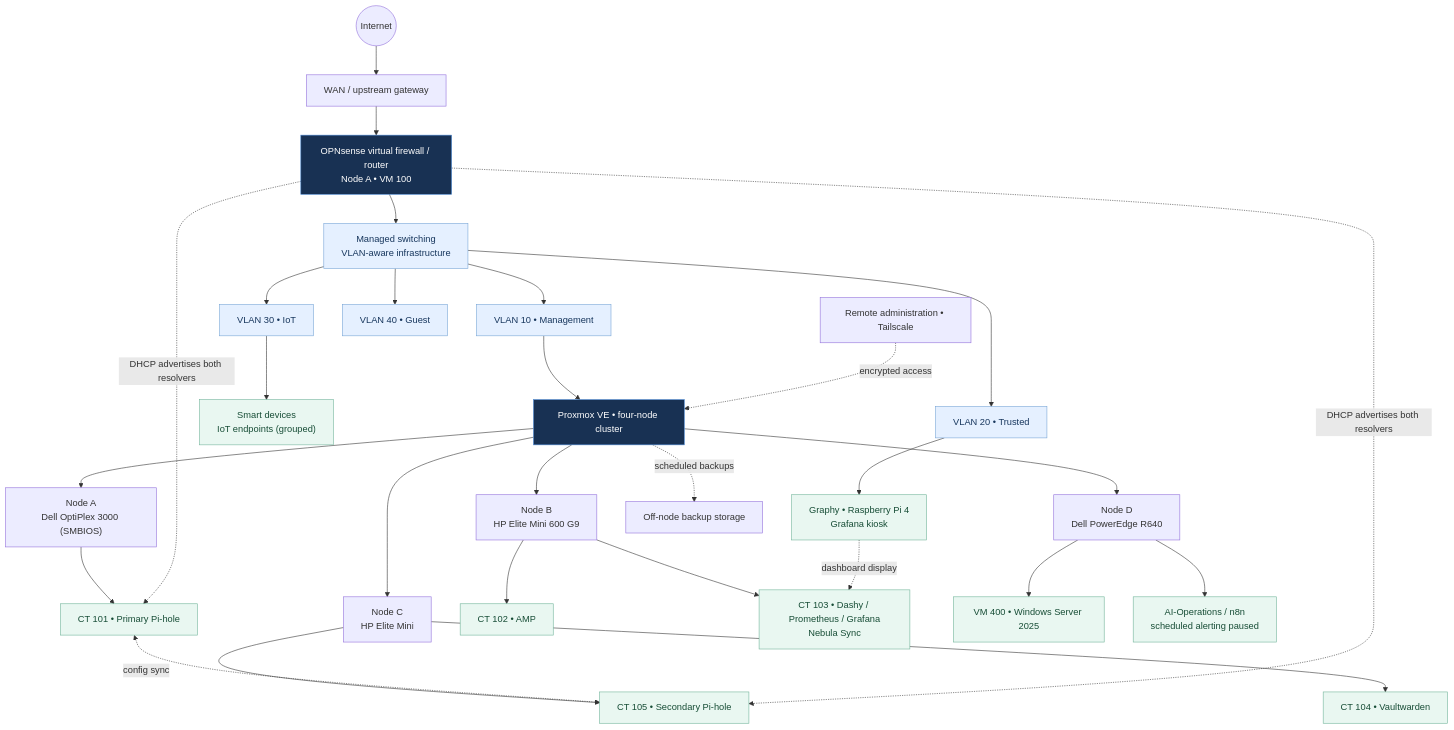
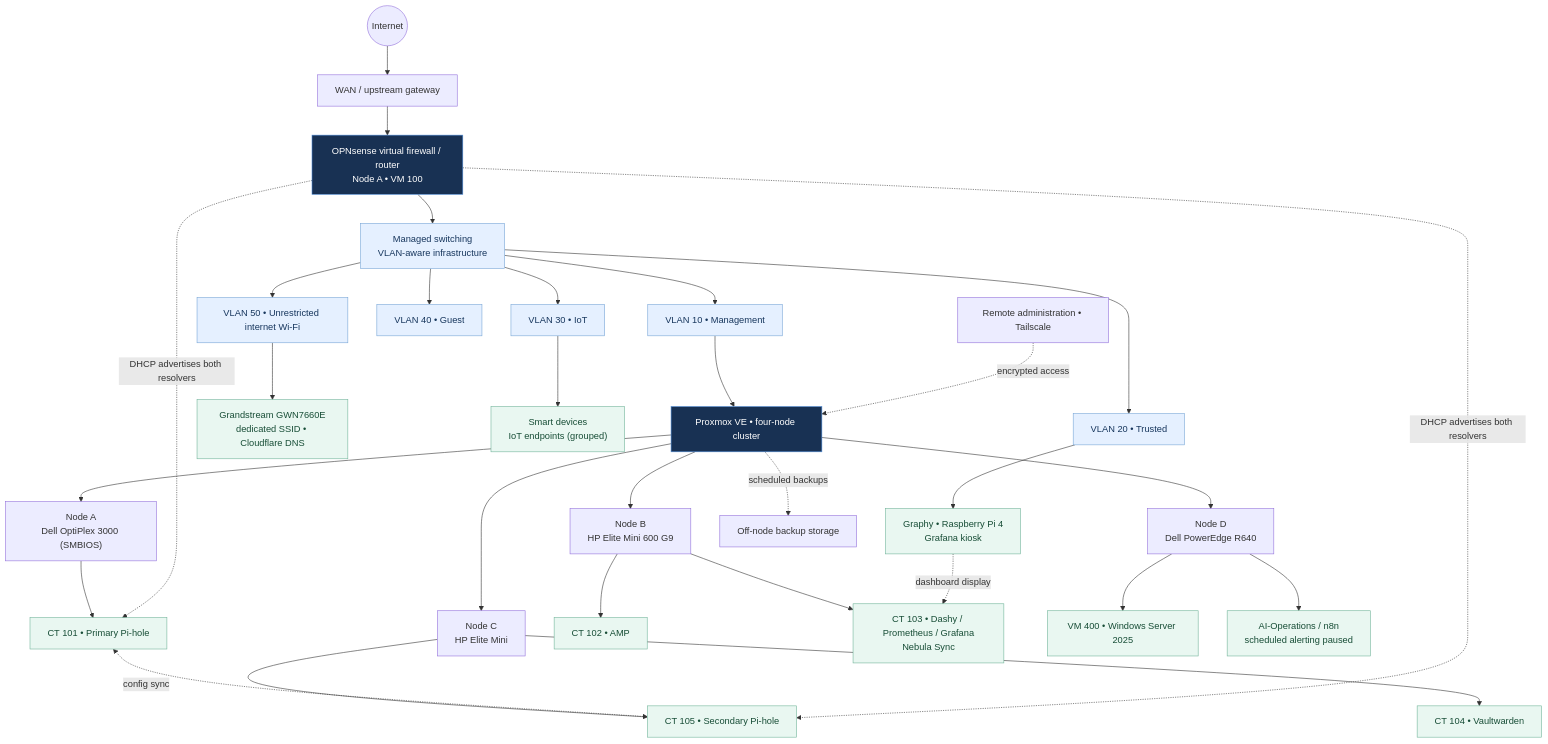
Before and after one commit to samuelkemp1619/HOMELAB-PORTFOLIO: the first of 3 diagrams in network/diagrams/README.md, drawn with Mermaid. The commit also changed other lines of this file, not shown here.

Commit message:
Update portfolio for completed unrestricted Wi-Fi VLAN 50 deployment

````diff
--- a/network/diagrams/README.md
+++ b/network/diagrams/README.md
@@ -9,36 +9,38 @@
 ```mermaid
 flowchart TB
     WAN((Internet)) --> EDGE["WAN / upstream gateway"]
     EDGE --> FW["OPNsense virtual firewall / router<br/>Node A • VM 100"]
     FW --> SWITCH["Managed switching<br/>VLAN-aware infrastructure"]
     SWITCH --> V10["VLAN 10 • Management"]
     SWITCH --> V20["VLAN 20 • Trusted"]
     SWITCH --> V30["VLAN 30 • IoT"]
     SWITCH --> V40["VLAN 40 • Guest"]
+    SWITCH --> V50["VLAN 50 • Unrestricted internet Wi-Fi"]
+    V50 --> AP50["Grandstream GWN7660E<br/>dedicated SSID • Cloudflare DNS"]
     V30 --> SMART["Smart devices<br/>IoT endpoints (grouped)"]
     V10 --> CLUSTER["Proxmox VE • four-node cluster"]
     CLUSTER --> P1["Node A<br/>Dell OptiPlex 3000 (SMBIOS)"]
     CLUSTER --> P2["Node B<br/>HP Elite Mini 600 G9"]
     CLUSTER --> P3["Node C<br/>HP Elite Mini"]
     CLUSTER --> P4["Node D<br/>Dell PowerEdge R640"]
     P1 --> DNS1["CT 101 • Primary Pi-hole"]
     P2 --> APP["CT 102 • AMP"]
     P2 --> OBS["CT 103 • Dashy / Prometheus / Grafana<br/>Nebula Sync"]
     P3 --> VAULT["CT 104 • Vaultwarden"]
     P3 --> DNS2["CT 105 • Secondary Pi-hole"]
     P4 --> WIN["VM 400 • Windows Server 2025"]
     P4 --> AI["AI-Operations / n8n<br/>scheduled alerting paused"]
     DNS1 <-. "config sync" .-> DNS2
     FW -. "DHCP advertises both resolvers" .-> DNS1
     FW -. "DHCP advertises both resolvers" .-> DNS2
     V20 --> GRAPHY["Graphy • Raspberry Pi 4<br/>Grafana kiosk"]
     GRAPHY -. "dashboard display" .-> OBS
     REMOTE["Remote administration • Tailscale"] -. "encrypted access" .-> CLUSTER
     CLUSTER -. "scheduled backups" .-> BACKUP["Off-node backup storage"]
     classDef core fill:#183153,color:#fff,stroke:#4c8ad5
     classDef network fill:#e5f0ff,color:#17365d,stroke:#77a5d6
     classDef service fill:#e9f7f1,color:#174d36,stroke:#71b49a
     class FW,CLUSTER core
-    class SWITCH,V10,V20,V30,V40 network
-    class DNS1,DNS2,OBS,VAULT,GRAPHY,APP,WIN,AI,SMART service
+    class SWITCH,V10,V20,V30,V40,V50 network
+    class DNS1,DNS2,OBS,VAULT,GRAPHY,APP,WIN,AI,SMART,AP50 service
 ```
````
